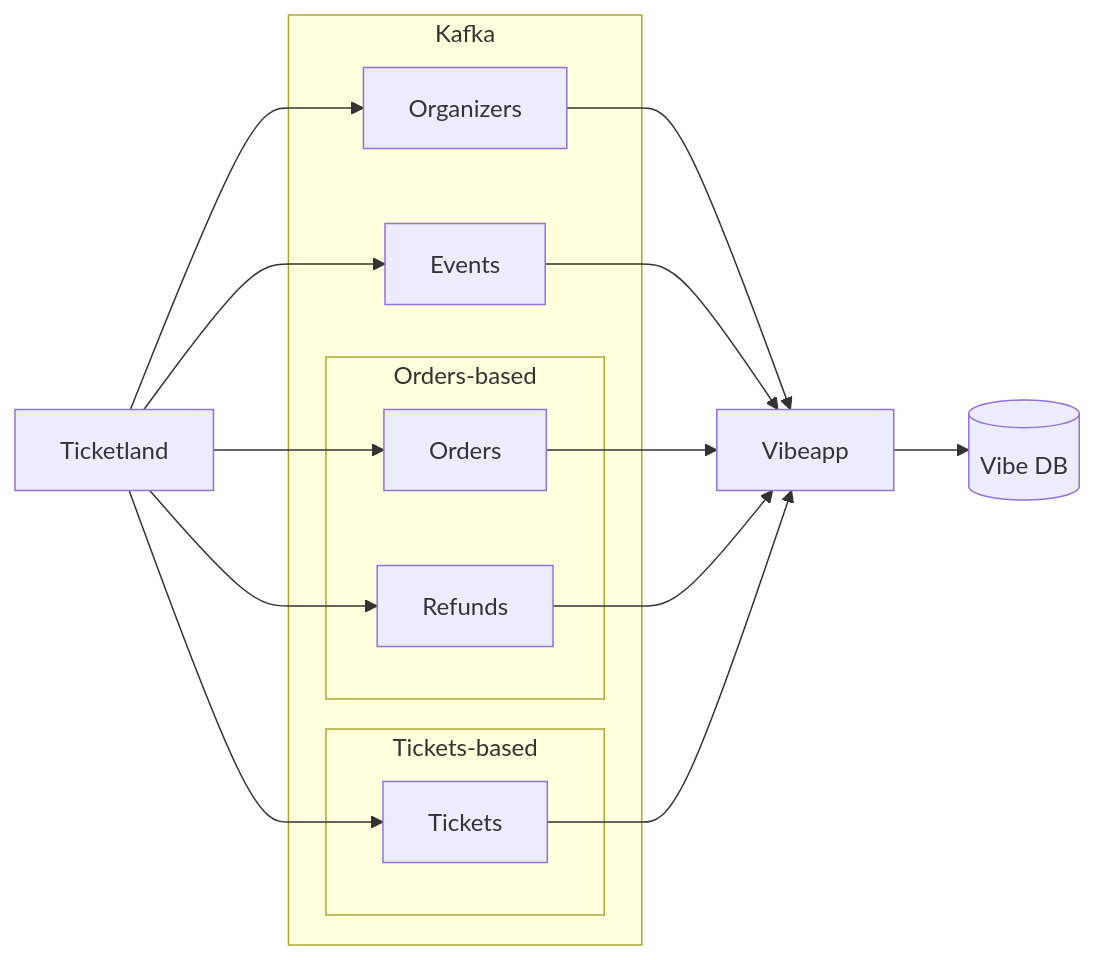
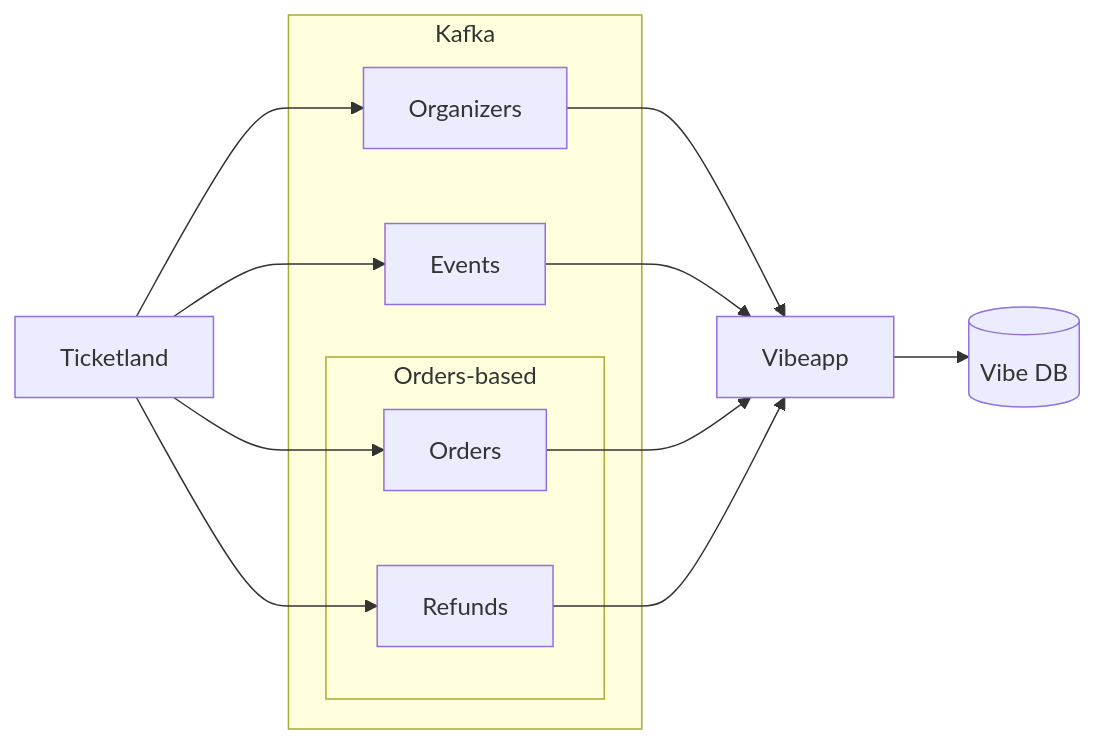
One commit to ticketscloud/vibe-integration changed the diagram in README.md. Above: the diagram before and after it, drawn with Mermaid. The commit also changed other lines of this file and 10 other files, not shown here.

````diff
--- a/README.md
+++ b/README.md
@@ -28,32 +8,27 @@
 ```mermaid
 flowchart LR
     TL[Ticketland]
 
     subgraph Kafka
         O[Organizers]
         E[Events]
 
         subgraph Orders-based
             OR[Orders]
             R[Refunds]
         end
 
-        subgraph Tickets-based
-            T[Tickets]
-        end
     end
 
     TL --> O
     TL --> E
     TL --> OR
     TL --> R
-    TL --> T
 
     O --> V[Vibeapp]
     E --> V
     OR --> V
     R --> V
-    T --> V
 
     V --> DB[(Vibe DB)]
 ```
````
